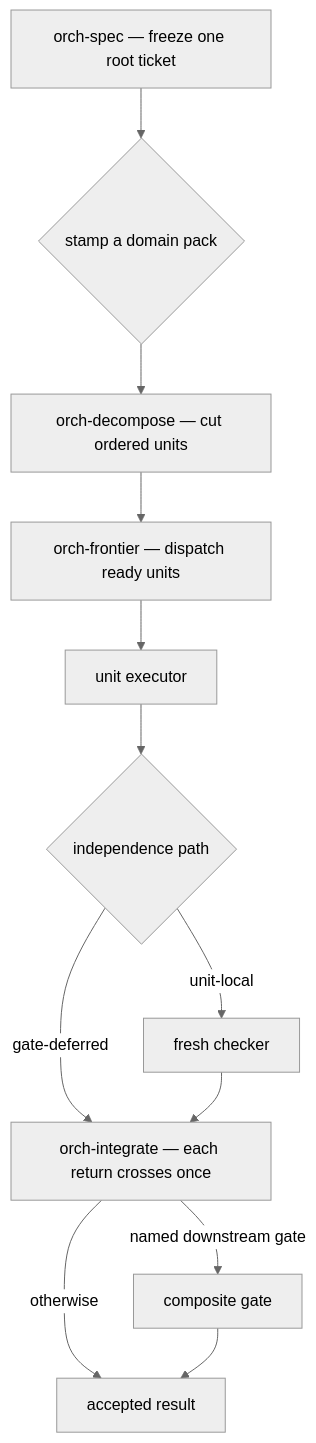
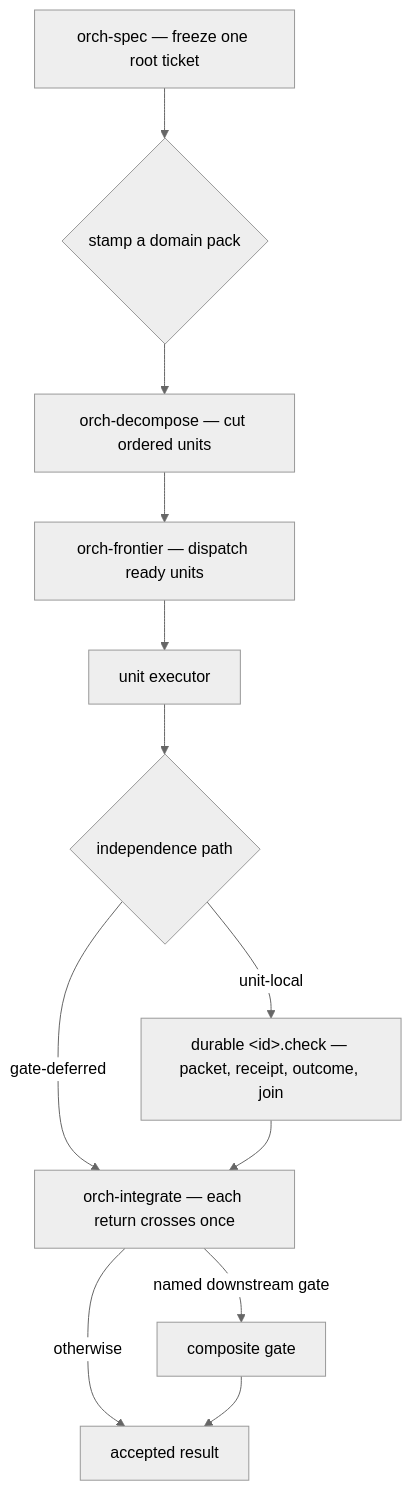
One commit to DanMcInerney/orchflows changed the diagram in README.md. Above: the diagram before and after it, drawn with Mermaid (neutral theme). The commit also changed 31 other files, not shown here.

````diff
--- a/README.md
+++ b/README.md
@@ -175,14 +175,14 @@
 ```mermaid
 flowchart TD
     spec["orch-spec — freeze one root ticket"] --> pack{"stamp a domain pack"}
     pack --> dec["orch-decompose — cut ordered units"]
     dec --> frontier["orch-frontier — dispatch ready units"]
     frontier --> exec["unit executor"]
     exec --> path{"independence path"}
-    path -->|unit-local| checker["fresh checker"]
+    path -->|unit-local| checker["durable &lt;id&gt;.check — packet, receipt, outcome, join"]
     path -->|gate-deferred| join["orch-integrate — each return crosses once"]
     checker --> join
     join -->|named downstream gate| gate["composite gate"]
     join -->|otherwise| accepted["accepted result"]
     gate --> accepted
 ```
````
